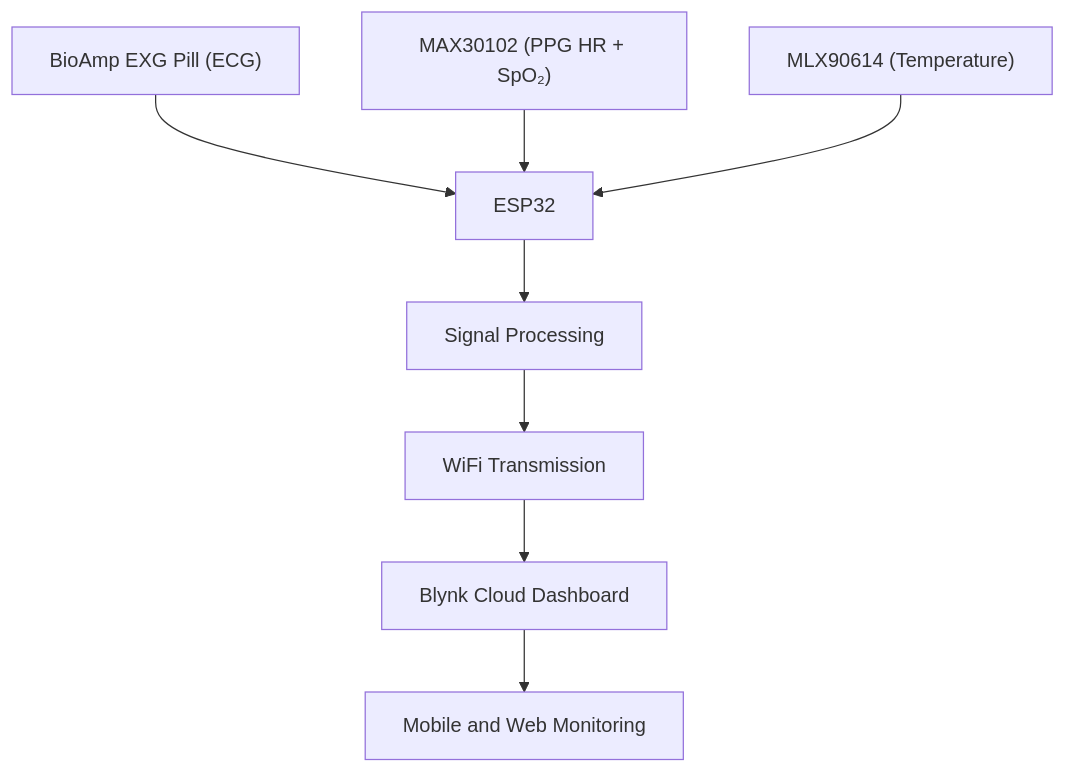
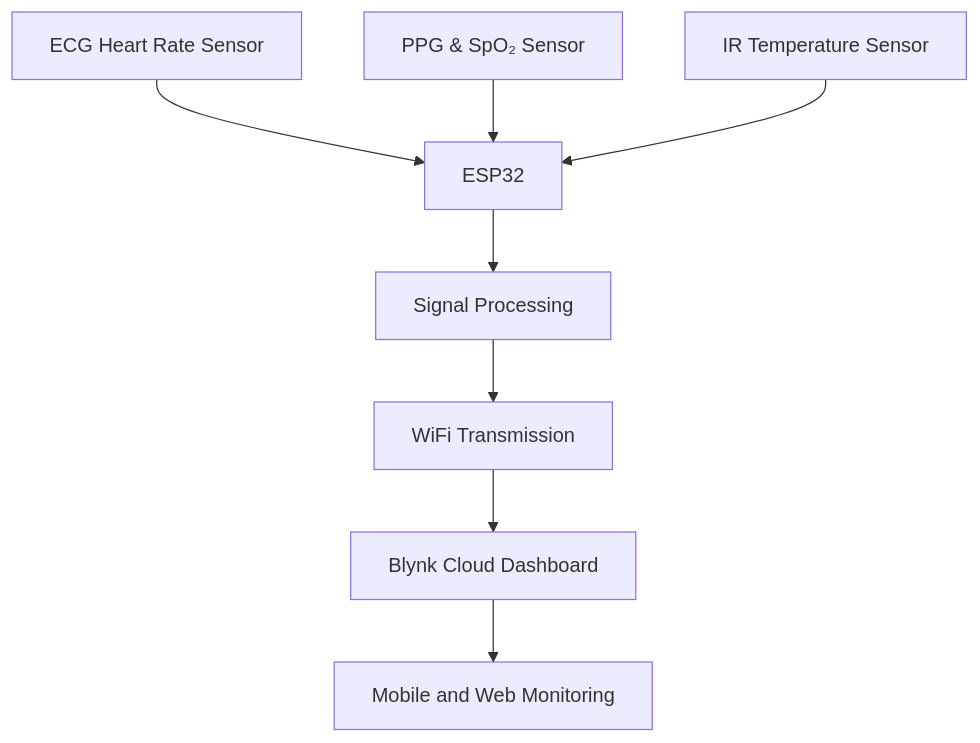
The diagram in README.md (sivsagar/Team_AyuScan_Project_Morpheus_2026), drawn with Mermaid before and after one commit. The commit also changed other lines of this file, not shown here.

Commit message:
Refine README.md: Generalize sensor names to focus on functional purpose

````diff
--- a/README.md
+++ b/README.md
@@ -48,10 +48,10 @@
 ```mermaid
 graph TD
-    A["BioAmp EXG Pill (ECG)"] --> E["ESP32"]
-    B["MAX30102 (PPG HR + SpO₂)"] --> E
-    C["MLX90614 (Temperature)"] --> E
+    A["ECG Heart Rate Sensor"] --> E["ESP32"]
+    B["PPG & SpO₂ Sensor"] --> E
+    C["IR Temperature Sensor"] --> E
     E --> F["Signal Processing"]
     F --> G["WiFi Transmission"]
     G --> H["Blynk Cloud Dashboard"]
     H --> I["Mobile and Web Monitoring"]
 ```
````
